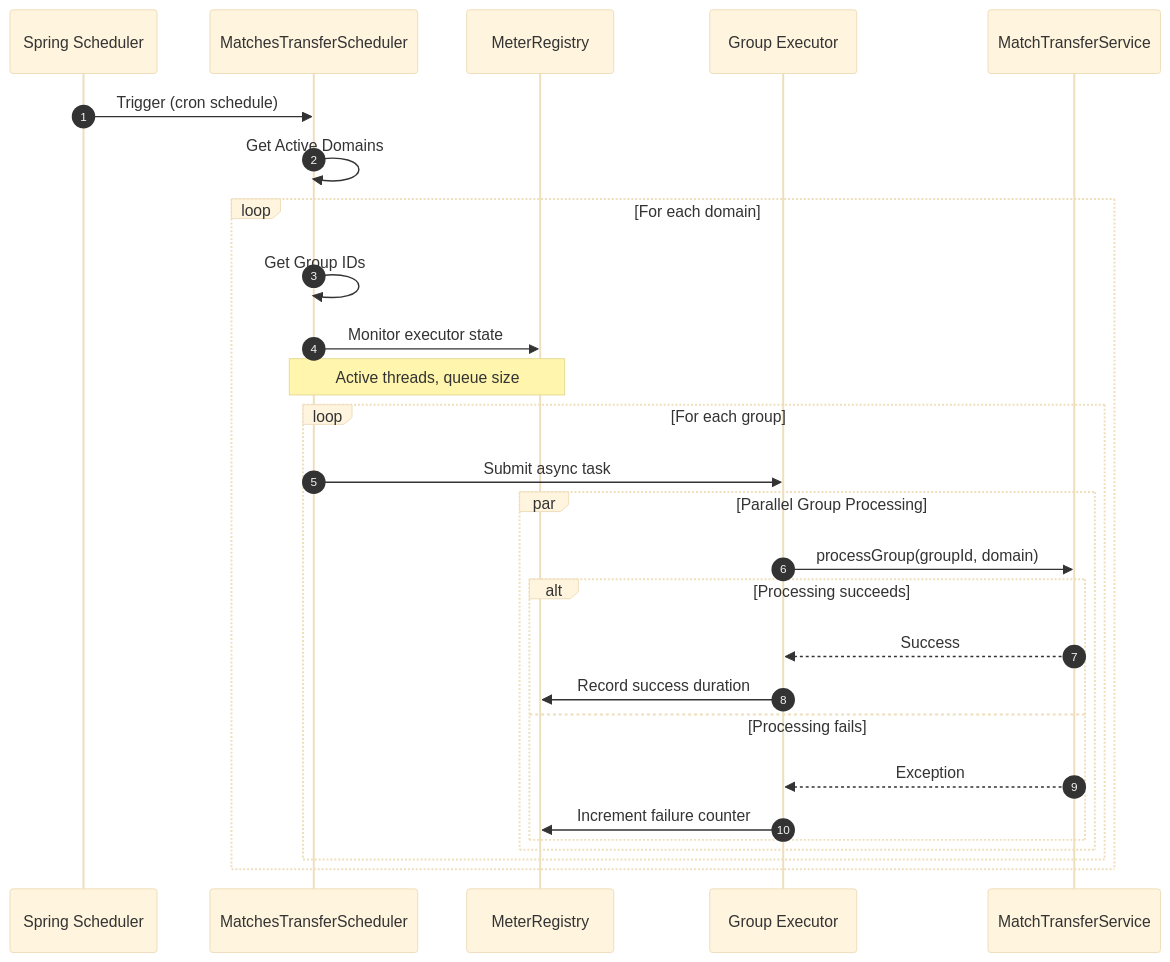
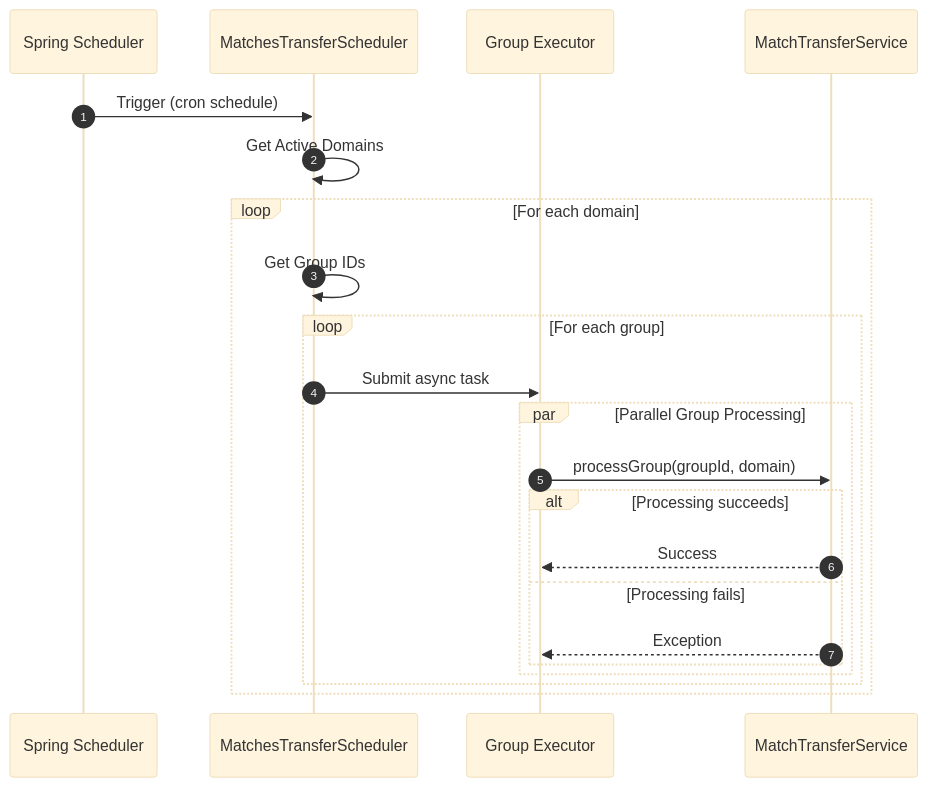
Before and after one commit to kagit00/schedule_x: the fifth of 9 diagrams in docs/Low Level Designs/MatchesTransfer.md, drawn with Mermaid (base theme). The commit also changed other lines of this file and 7 other files, not shown here.

````diff
--- a/docs/Low Level Designs/MatchesTransfer.md
+++ b/docs/Low Level Designs/MatchesTransfer.md
@@ -256,35 +203,29 @@
 ```mermaid
 sequenceDiagram
     autonumber
     participant Cron as Spring Scheduler
     participant Sched as MatchesTransferScheduler
-    participant Metrics as MeterRegistry
     participant Executor as Group Executor
     participant Service as MatchTransferService
     
     Cron->>Sched: Trigger (cron schedule)
     Sched->>Sched: Get Active Domains
     
     loop For each domain
         Sched->>Sched: Get Group IDs
         
-        Sched->>Metrics: Monitor executor state
-        Note over Sched,Metrics: Active threads, queue size
-        
         loop For each group
             Sched->>Executor: Submit async task
             
             par Parallel Group Processing
                 Executor->>Service: processGroup(groupId, domain)
                 
                 alt Processing succeeds
                     Service-->>Executor: Success
-                    Executor->>Metrics: Record success duration
                 else Processing fails
                     Service-->>Executor: Exception
-                    Executor->>Metrics: Increment failure counter
                 end
             end
         end
     end
 ```
````
